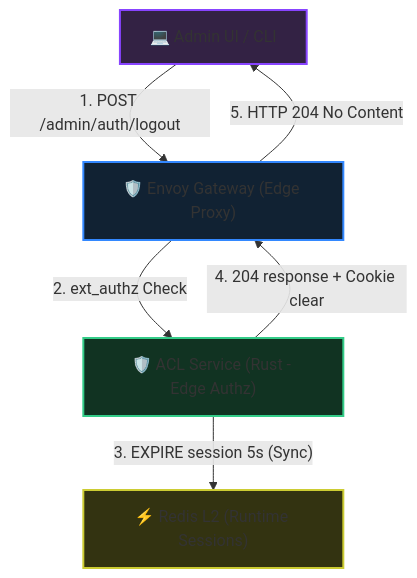
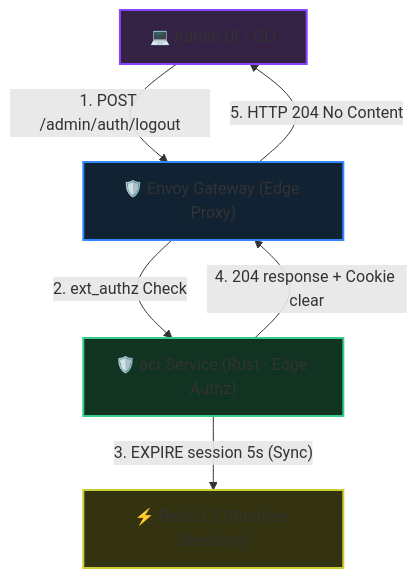
Before and after one commit to phucle996/aurora: the first of 2 diagrams in god_view/acr/sre_admin_logout_god_view_workflow.md, drawn with Mermaid. The commit also changed other lines of this file and 72 other files, not shown here.

Commit message:
refactor: remove policy engine and modularize session management service

````diff
--- a/god_view/acr/sre_admin_logout_god_view_workflow.md
+++ b/god_view/acr/sre_admin_logout_god_view_workflow.md
@@ -22,18 +22,18 @@
 ```mermaid
 graph TD
     classDef client fill:#332244,stroke:#8844ff,stroke-width:2px;
     classDef gateway fill:#112233,stroke:#3388ff,stroke-width:2px;
     classDef edgeService fill:#113322,stroke:#33cc88,stroke-width:2px;
     classDef storage fill:#333311,stroke:#cccc33,stroke-width:2px;
 
     UI["💻 Admin UI / CLI"]:::client
     Envoy["🛡️ Envoy Gateway (Edge Proxy)"]:::gateway
-    ACL["🛡️ ACL Service (Rust - Edge Authz)"]:::edgeService
+    acr["🛡️ acr Service (Rust - Edge Authz)"]:::edgeService
     Redis["⚡ Redis L2 (Runtime Sessions)"]:::storage
 
     UI -- "1. POST /admin/auth/logout" --> Envoy
-    Envoy -- "2. ext_authz Check" --> ACL
-    ACL -- "3. EXPIRE session 5s (Sync)" --> Redis
-    ACL -- "4. 204 response + Cookie clear" --> Envoy
+    Envoy -- "2. ext_authz Check" --> acr
+    acr -- "3. EXPIRE session 5s (Sync)" --> Redis
+    acr -- "4. 204 response + Cookie clear" --> Envoy
     Envoy -- "5. HTTP 204 No Content" --> UI
 ```
````
